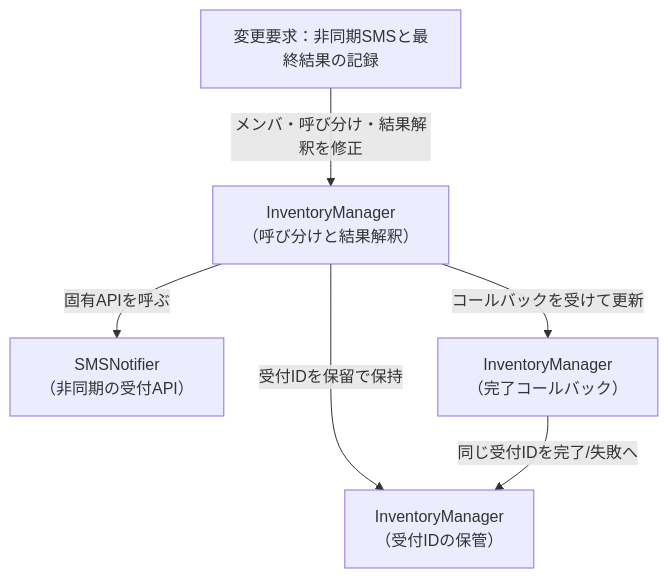
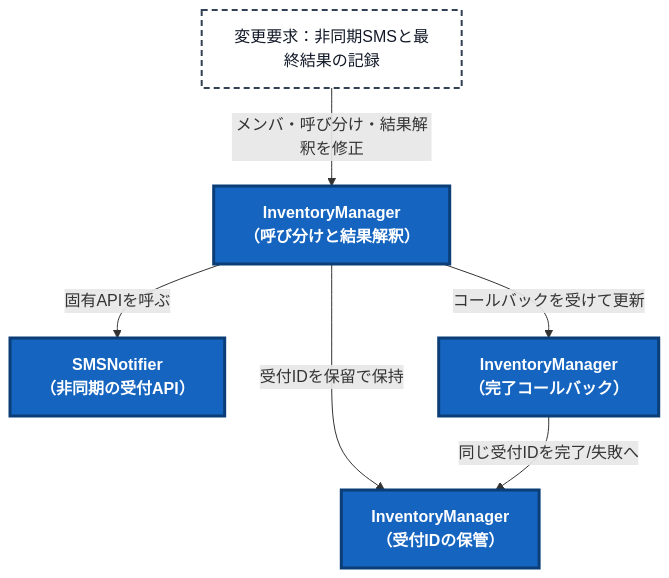
Before and after one commit to kumachan1101-pixel/DesignPattern: the sixth of 13 diagrams in kindle/design-patterns/books/volume01-core-patterns/output/05-chapter03.md, drawn with Mermaid. The commit also changed other lines of this file and 19 other files, not shown here.

First line of the commit message:
図の変更箇所を色で示し、変更前後の対比の説明構造をそろえる

````diff
--- a/kindle/design-patterns/books/volume01-core-patterns/output/05-chapter03.md
+++ b/kindle/design-patterns/books/volume01-core-patterns/output/05-chapter03.md
@@ -1375,10 +1375,13 @@
 ```mermaid
 graph TD
-    T1["変更要求：非同期SMSと最終結果の記録"]
-        -->|"メンバ・呼び分け・結果解釈を修正"| A["InventoryManager<br>（呼び分けと結果解釈）"]
-    A -->|"固有APIを呼ぶ"| B["SMSNotifier<br>（非同期の受付API）"]
-    A -->|"受付IDを保留で保持"| C["InventoryManager<br>（受付IDの保管）"]
-    A -->|"コールバックを受けて更新"| D["InventoryManager<br>（完了コールバック）"]
+    T1["変更要求：非同期SMSと最終結果の記録"]:::req
+        -->|"メンバ・呼び分け・結果解釈を修正"| A["InventoryManager<br>（呼び分けと結果解釈）"]:::changed
+    A -->|"固有APIを呼ぶ"| B["SMSNotifier<br>（非同期の受付API）"]:::changed
+    A -->|"受付IDを保留で保持"| C["InventoryManager<br>（受付IDの保管）"]:::changed
+    A -->|"コールバックを受けて更新"| D["InventoryManager<br>（完了コールバック）"]:::changed
     D -->|"同じ受付IDを完了/失敗へ"| C
 
+    classDef req fill:#ffffff,stroke:#334155,stroke-width:2px,stroke-dasharray:6 4,color:#111827;
+    classDef keep fill:#f1f5f9,stroke:#94a3b8,color:#334155;
+    classDef changed fill:#1565c0,stroke:#0b3d76,stroke-width:3px,color:#ffffff,font-weight:bold;
 ```
````
